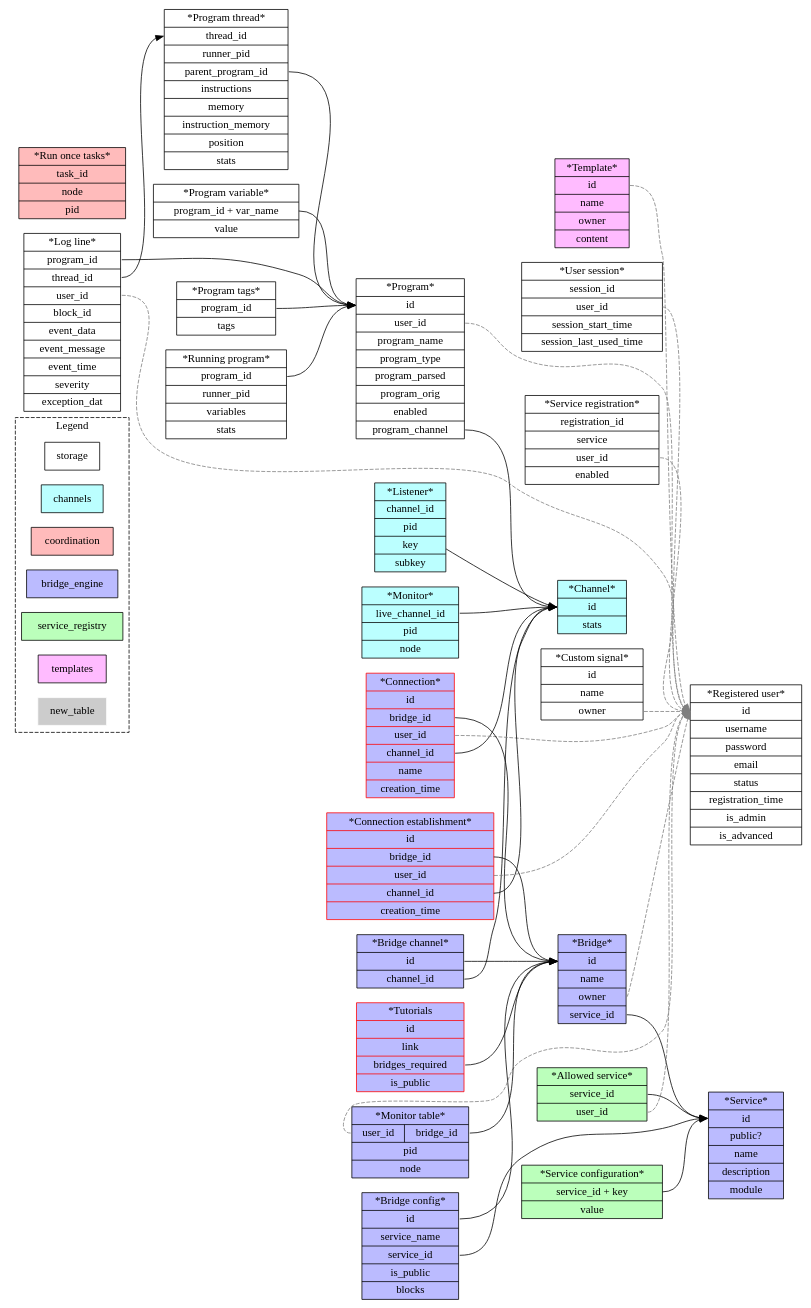
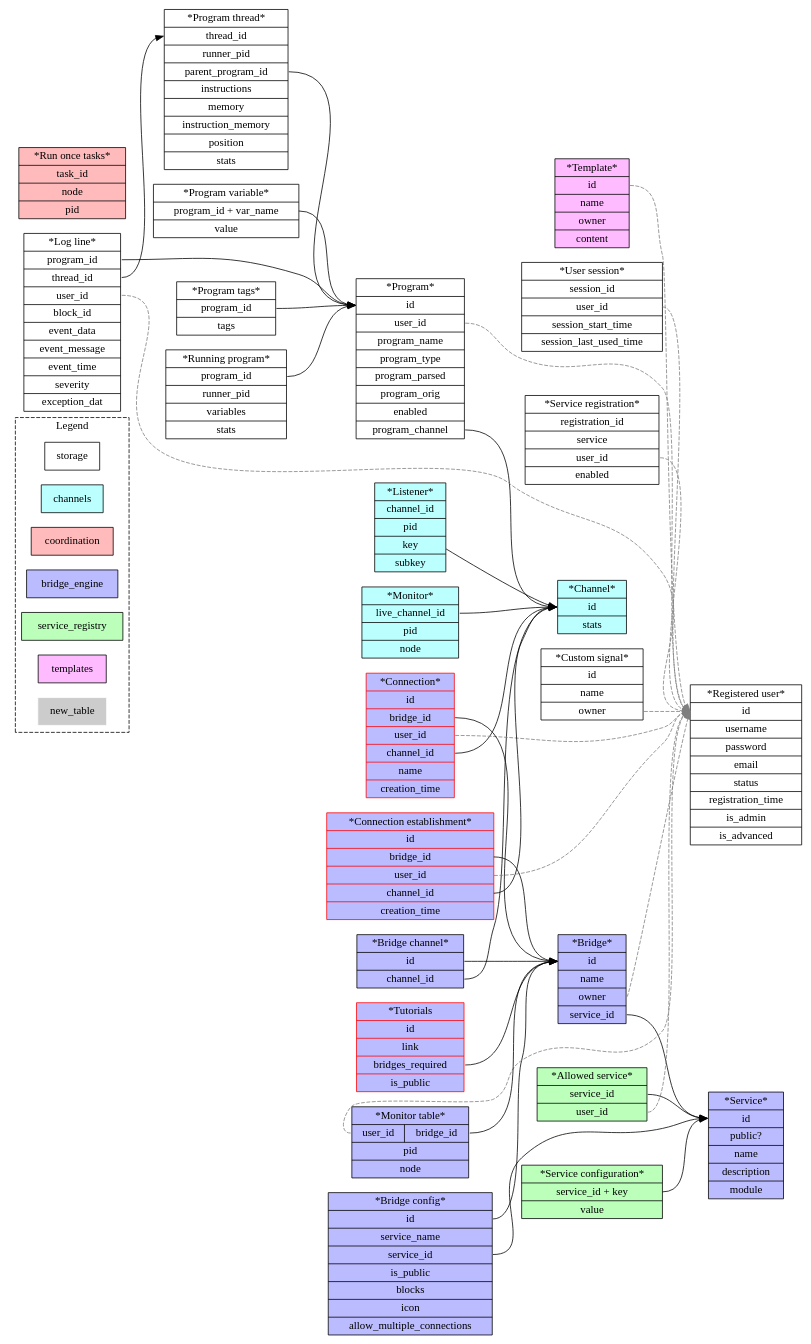
One commit to programaker-project/Programaker-Core changed the diagram in docs/diagrams/db-model.gv. Above: the diagram before and after it, drawn with Graphviz. The commit also changed 9 other files, not shown here.

First line of the commit message:
Keep track of how many connections per user a bridge allows.

```diff
--- a/docs/diagrams/db-model.gv
+++ b/docs/diagrams/db-model.gv
@@ -1,168 +1,168 @@
 digraph g {
   rankdir=LR
   node[shape=record];
   style=dashed;
 
   subgraph cluster_legend {
     label="Legend"
 
     storage;
     channels[style=filled,fillcolor="#bbffff"];
     coordination[style=filled,fillcolor="#ffbbbb"]
     bridge_engine[style=filled,fillcolor="#bbbbff"];
     service_registry[style=filled,fillcolor="#bbffbb"]
     templates[style=filled,fillcolor="#ffbbff"]
 
     new_table[style=filled,fillcolor="#cccccc",color=white]
     // modified_table[shape=octagon] // Not used
   }
 
 
   subgraph group_core_channels {
     label="Channels";
     node[style=filled,fillcolor="#bbffff"];
 
 
     // LIVE_CHANNELS_TABLE | automate_channel_engine_live_channels_table
     live_channels_table_entry[label="*Channel* | <pk> id | stats"];
 
     // LISTENERS_TABLE | automate_channel_engine_listeners_table
     listeners_table_entry[label="*Listener*| <f0> channel_id | pid | key | subkey"];
     listeners_table_entry -> live_channels_table_entry:pk;
 
     // MONITORS_TABLE | automate_channel_engine_monitors_table
     monitors_table_entry[label="*Monitor* | <f0> live_channel_id | pid | node"];
     monitors_table_entry:f0 -> live_channels_table_entry:pk;
   }
 
   subgraph group_core_storage {
     label="Storage";
 
     // REGISTERED_USERS_TABLE | automate_registered_users
     registered_user_entry[label="*Registered user* | <pk> id | username | password | email | status | registration_time | is_admin | is_advanced"];
 
     // USER_SESSIONS_TABLE | automate_user_sessions
     user_session_entry[label="*User session* | <pk> session_id | <f0> user_id | session_start_time | session_last_used_time"];
     user_session_entry:f0 -> registered_user_entry:pk[style=dashed,color="#7f7f7f"];
 
     // // USER_MONITORS_TABLE | automate_user_monitors
     // monitor_entry[label="*Monitor entry* | <pk> id | <f0> user_id | type | name | value"];
 
     // monitor_entry:f0 -> registered_user_entry:pk[style=dashed,color="#7f7f7f"];
 
     // USER_PROGRAMS_TABLE | automate_user_programs
     user_program_entry[label="*Program* | <pk> id | <f0> user_id | program_name | program_type | program_parsed | program_orig | enabled | <f1> program_channel"];
     user_program_entry:f0 -> registered_user_entry:pk[style=dashed,color="#7f7f7f"];
     user_program_entry:f1 -> live_channels_table_entry:pk;
 
     // USER_PROGRAMS_LOGS_TABLE | automate_user_program_logs
     user_program_logs_entry[label="*Log line* | <f0> program_id | <f1> thread_id | <f2> user_id | block_id | event_data | event_message | event_time | severity | exception_dat"];
     user_program_logs_entry:f0 -> user_program_entry:pk;
     user_program_logs_entry:f2 -> registered_user_entry:pk[style=dashed,color="#7f7f7f"];
 
     // PROGRAM_TAGS_TABLE | automate_program_tags
     program_tags_entry[label="*Program tags* | <f0> program_id | tags"];
     program_tags_entry:f0 -> user_program_entry:pk;
 
     // RUNNING_PROGRAMS_TABLE | automate_running_programs
     running_program_entry[label="*Running program*| <f0> program_id | runner_pid | variables | stats"];
     running_program_entry:f0 -> user_program_entry:pk;
 
     // RUNNING_THREADS_TABLE | automate_running_program_threads
     running_program_thread_entry[label="*Program thread* | <pk> thread_id | runner_pid | <f0> parent_program_id | instructions | memory | instruction_memory | position | stats"];
     user_program_logs_entry:f1 -> running_program_thread_entry:pk;
     running_program_thread_entry:f0 -> user_program_entry:pk;
 
     // REGISTERED_SERVICES_TABLE | automate_registered_services
     registered_service_entry[label="*Service registration* | <pk> registration_id | <f0> service |  <f1> user_id | enabled"];
     registered_service_entry:f1 -> registered_user_entry:pk[style=dashed,color="#7f7f7f"];
 
     // PROGRAM_VARIABLE_TABLE | automate_program_variable_table
     program_variable_table_entry[label="*Program variable* | <f0> program_id + var_name | value"];
     program_variable_table_entry:f0 -> user_program_entry:pk;  // Not sure if user program or running program
 
     // CUSTOM_SIGNALS_TABLE | automate_custom_signals_table
     custom_signal_entry[label="*Custom signal* | <pk> id | name | <f0> owner"];
     custom_signal_entry:f0 -> registered_user_entry:pk[style=dashed,color="#7f7f7f"];
   }
 
   subgraph group_coordination {
     label="Coordination";
     node[style=filled,fillcolor="#ffbbbb"];
 
     // RUN_ONCE_TASKS_TABLE | automate_coordination_run_once_tasks
     run_once_tasks_table_entry[label="*Run once tasks* | <pk> task_id | node | pid"]
   }
 
   subgraph group_bridges {
     label="Bridge engine";
 
     node[style=filled,fillcolor="#bbbbff"]
 
     // SERVICE_PORT_TABLE | automate_service_port_table
     service_port_entry[label="*Bridge* | <pk> id | name | <f0> owner | <f1> service_id"]
     service_port_entry:f0 -> registered_user_entry:pk[style=dashed,color="#7f7f7f"];
     service_port_entry:f1 -> services_table_entry:pk;
 
     // SERVICE_PORT_CONFIGURATION_TABLE | automate_service_port_configuration_table
-    service_port_configuration[label="*Bridge config* | <pk> id | service_name | <f0> service_id | is_public | blocks"]
+    service_port_configuration[label="*Bridge config* | <pk> id | service_name | <f0> service_id | is_public | blocks | icon | allow_multiple_connections"]
     service_port_configuration:pk -> service_port_entry:pk;
     service_port_configuration:f0 -> services_table_entry:pk
 
 
     // SERVICE_PORT_CHANNEL_TABLE | automate_service_port_channel_table
     service_port_monitor_channel_entry[label="*Bridge channel* | <pk> id | <f0> channel_id"]
     service_port_monitor_channel_entry:pk -> service_port_entry:pk;
     service_port_monitor_channel_entry:f0 -> live_channels_table_entry:pk;
 
     // SERVICE_PORT_CHANNEL_MONITORS_TABLE | automate_service_port_channel_monitors_table
     channel_monitor_table_entry[label="*Monitor table* | {<f0> user_id|<f1> bridge_id} | pid | node"]
     channel_monitor_table_entry:f0 -> registered_user_entry:pk[style=dashed,color="#7f7f7f"];
     channel_monitor_table_entry:f1 -> service_port_entry:pk
 
 
     connection_entry[color=red,
                      label="*Connection* | <pk> id | <f0> bridge_id | <f1> user_id | <f2> channel_id | name | creation_time"]
     connection_entry:f0 -> service_port_entry:pk
     connection_entry:f1 -> registered_user_entry:pk[style=dashed,color="#7f7f7f"];
     connection_entry:f2 -> live_channels_table_entry:pk
     // Connection data might store data from the bridges
 
     pending_connection_entry[color=red,
                                    label="*Connection establishment* | <pk> id | <f0> bridge_id | <f1> user_id | <f2> channel_id | creation_time"]
     pending_connection_entry:f0 -> service_port_entry:pk
     pending_connection_entry:f1 -> registered_user_entry:pk[style=dashed,color="#7f7f7f"];
     pending_connection_entry:f2 -> live_channels_table_entry:pk
 
     tutorials[color=red,
               label="*Tutorials | <pk> id | link | <f0> bridges_required | is_public"]
     tutorials:f0 -> service_port_entry:pk
 
   }
 
   subgraph group_core_services {
     label="Service registry";
     node[style=filled,fillcolor="#bbffbb"]
 
     // SERVICE_REGISTRY_TABLE | automate_service_registry_services_table
     services_table_entry[label="*Service* | <pk> id | public? | name | description | module"];
 
     // USER_SERVICE_ALLOWANCE_TABLE | automate_service_registry_user_service_allowance_table
     user_service_allowance_entry[label="*Allowed service*| <f0> service_id | <f1> user_id"];
     user_service_allowance_entry:f0 -> services_table_entry:pk;
     user_service_allowance_entry:f1 -> registered_user_entry:pk[style=dashed,color="#7f7f7f"];
 
     // SERVICE_CONFIGURATION_TABLE | automate_service_registry_service_configuration_table
     service_configuration_entry[label="*Service configuration* | <pk> service_id + key | value "];
     service_configuration_entry:pk -> services_table_entry:pk;
   }
 
   subgraph group_core_template_engine {
     label="Template engine"
     node[style=filled,fillcolor="#ffbbff"]
 
     // TEMPLATE_TABLE | automate_template_engine_templates_table
     template_entry[label="*Template* | <pk> id | name | <f0> owner | content"]
     template_entry:pk -> registered_user_entry:pk[style=dashed,color="#7f7f7f"];
   }
 }
```
